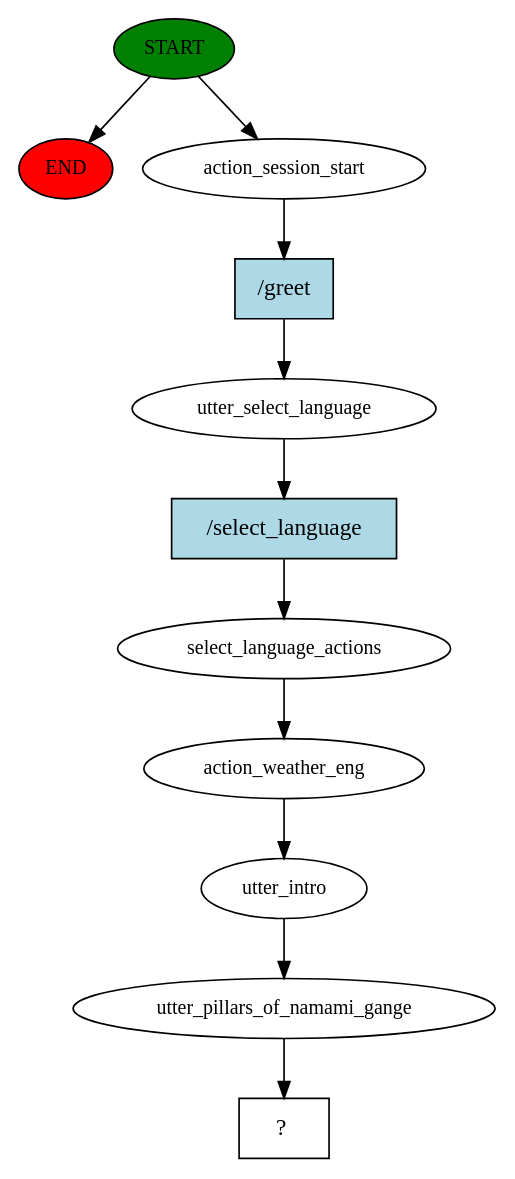
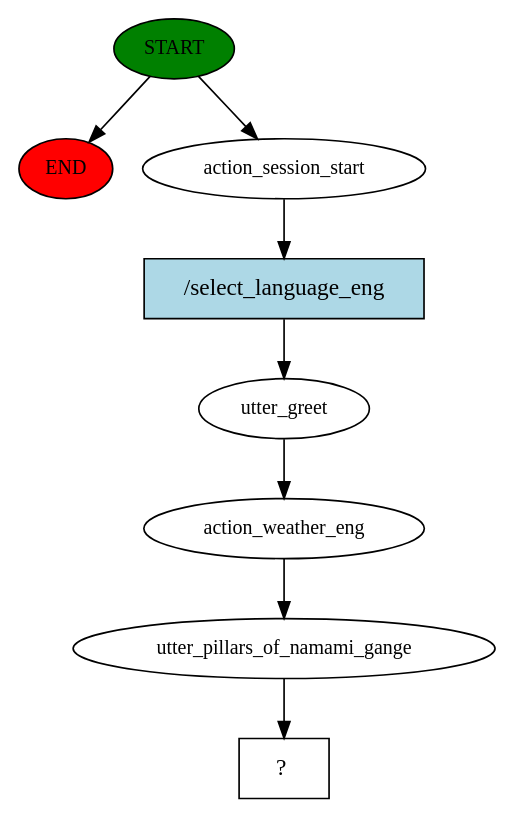
The diagram in story_graph.dot (heyysiri/NamamiGange), drawn with Graphviz before and after one commit. The commit also changed 6 other files, not shown here.

```diff
--- a/story_graph.dot
+++ b/story_graph.dot
@@ -1,23 +1,17 @@
 digraph  {
 0 [class="start active", fillcolor=green, fontsize=12, label=START, style=filled];
 "-1" [class=end, fillcolor=red, fontsize=12, label=END, style=filled];
 1 [class=active, fontsize=12, label=action_session_start];
-2 [class=active, fontsize=12, label=utter_select_language];
-3 [class=active, fontsize=12, label=select_language_actions];
-4 [class=active, fontsize=12, label=action_weather_eng];
-5 [class=active, fontsize=12, label=utter_intro];
-6 [class=active, fontsize=12, label=utter_pillars_of_namami_gange];
-7 [class="intent dashed active", label="  ?  ", shape=rect];
-8 [class="intent active", fillcolor=lightblue, label="/greet", shape=rect, style=filled];
-9 [class="intent active", fillcolor=lightblue, label="/select_language", shape=rect, style=filled];
+2 [class=active, fontsize=12, label=utter_greet];
+3 [class=active, fontsize=12, label=action_weather_eng];
+4 [class=active, fontsize=12, label=utter_pillars_of_namami_gange];
+5 [class="intent dashed active", label="  ?  ", shape=rect];
+6 [class="intent active", fillcolor=lightblue, label="/select_language_eng", shape=rect, style=filled];
 0 -> "-1"  [class="", key=NONE, label=""];
 0 -> 1  [class=active, key=NONE, label=""];
-1 -> 8  [class=active, key=0];
-2 -> 9  [class=active, key=0];
+1 -> 6  [class=active, key=0];
+2 -> 3  [class=active, key=NONE, label=""];
 3 -> 4  [class=active, key=NONE, label=""];
 4 -> 5  [class=active, key=NONE, label=""];
-5 -> 6  [class=active, key=NONE, label=""];
-6 -> 7  [class=active, key=NONE, label=""];
-8 -> 2  [class=active, key=0];
-9 -> 3  [class=active, key=0];
+6 -> 2  [class=active, key=0];
 }
```
